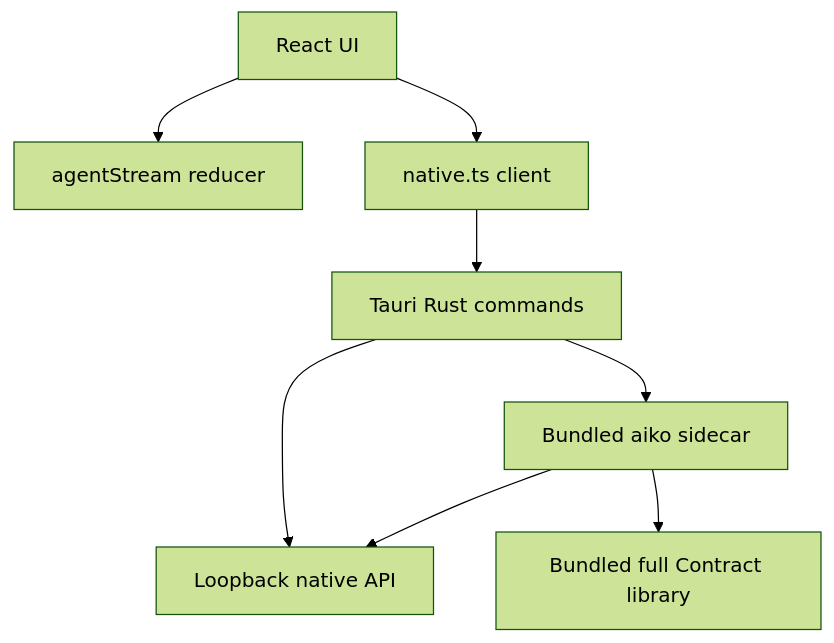
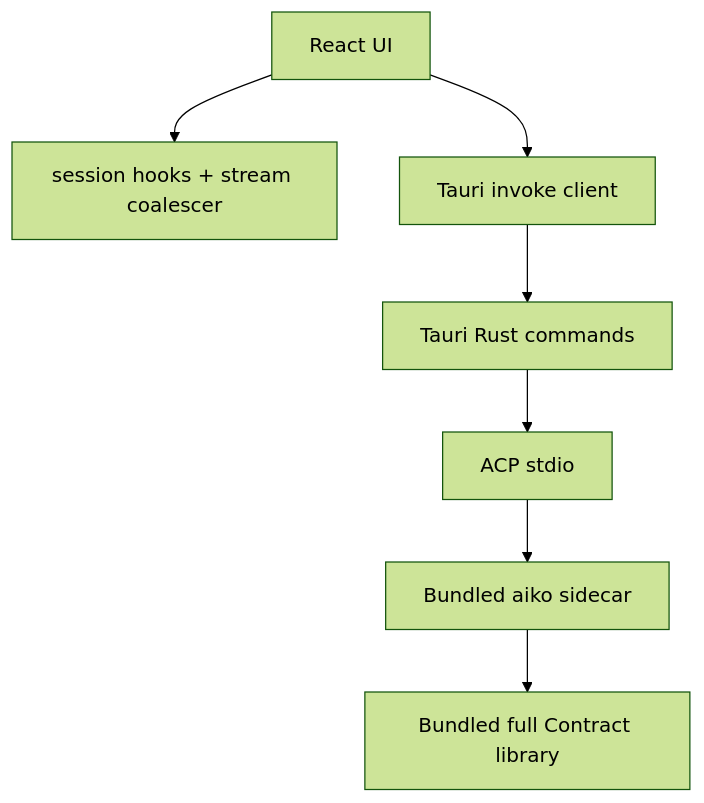
One commit to lekt9/aiko changed the seventh of 8 diagrams in aiko/docs/REPOSITORY-GUIDE.md. Above: the diagram before and after it, drawn with Mermaid (forest theme). The commit also changed other lines of this file and 116 other files, not shown here.

````diff
--- a/aiko/docs/REPOSITORY-GUIDE.md
+++ b/aiko/docs/REPOSITORY-GUIDE.md
@@ -329,17 +330,15 @@
 ```mermaid
 flowchart TB
     React[React UI]
-    Stream[agentStream reducer]
-    NativeTS[native.ts client]
+    Stream[session hooks + stream coalescer]
+    NativeTS[Tauri invoke client]
     Tauri[Tauri Rust commands]
     Sidecar[Bundled aiko sidecar]
-    API[Loopback native API]
+    ACP[ACP stdio]
     ContractLib[Bundled full Contract library]
 
     React --> Stream
     React --> NativeTS --> Tauri
-    Tauri --> Sidecar
-    Tauri --> API
-    Sidecar --> API
+    Tauri --> ACP --> Sidecar
     Sidecar --> ContractLib
 ```
````
